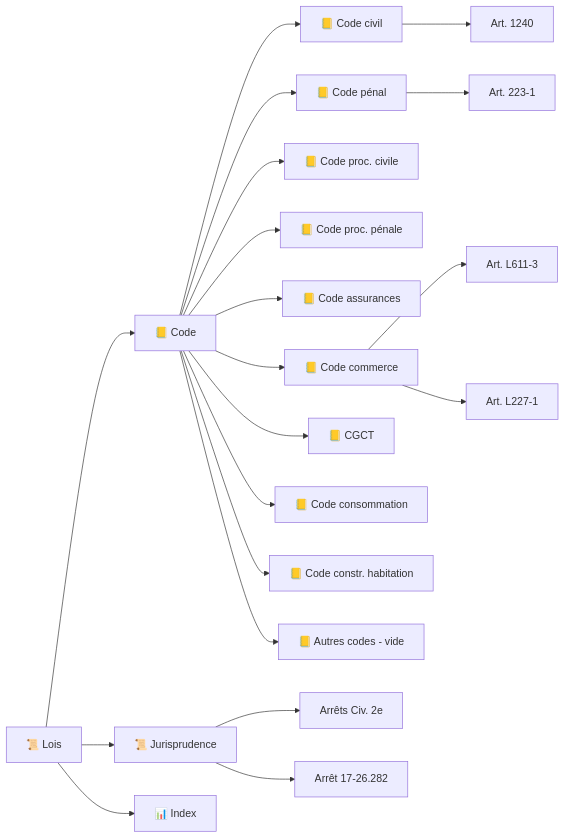
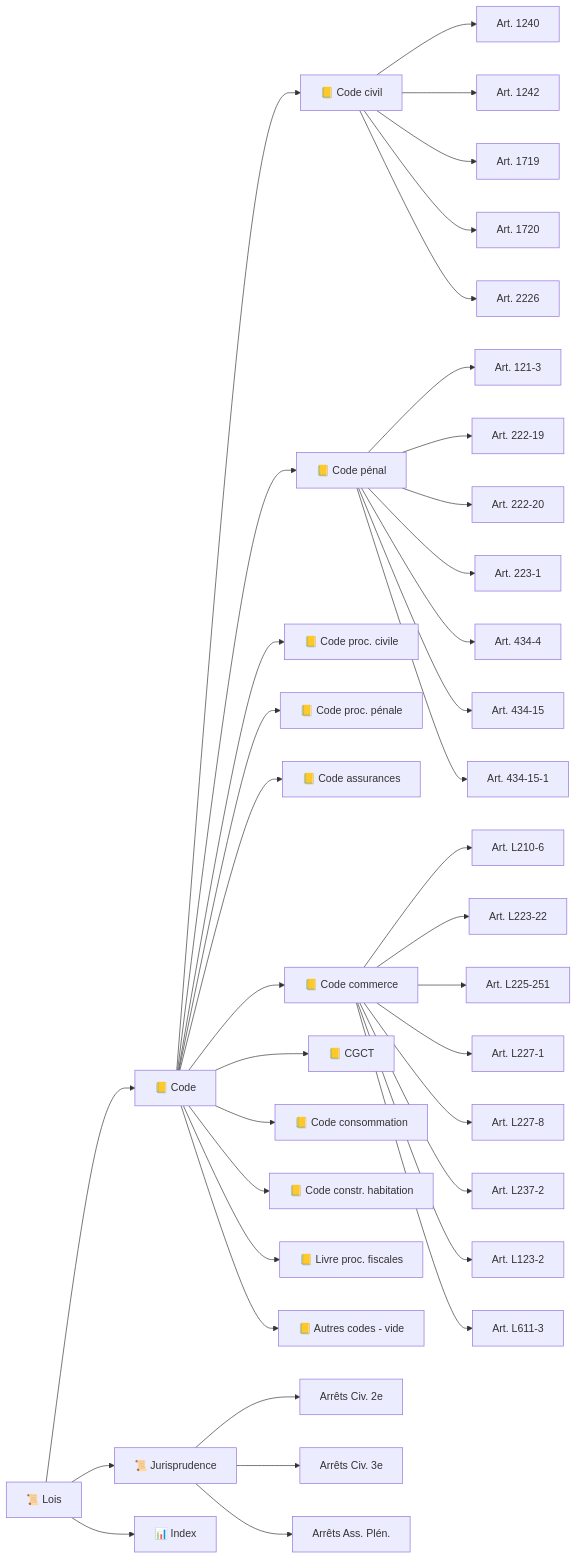
Before and after one commit to criloOcom/accident-main: the diagram in 📜 Lois/README.md, drawn with Mermaid. The commit also changed other lines of this file and 39 other files, not shown here.

````diff
--- a/📜 Lois/README.md
+++ b/📜 Lois/README.md
@@ -19,22 +18,40 @@
 ```mermaid
 graph LR
     L[📜 Lois] --> CD[📒 Code]
     CD --> C[📒 Code civil]
     CD --> CP[📒 Code pénal]
     CD --> CPC[📒 Code proc. civile]
     CD --> CPP[📒 Code proc. pénale]
     CD --> CA[📒 Code assurances]
     CD --> CC[📒 Code commerce]
     CD --> CGCT[📒 CGCT]
     CD --> CONSO[📒 Code consommation]
     CD --> CCH[📒 Code constr. habitation]
+    CD --> LPF[📒 Livre proc. fiscales]
     CD --> AC[📒 Autres codes - vide]
     L --> J[📜 Jurisprudence]
     L --> I[📊 Index]
     C --> C1[Art. 1240]
-    CP --> CP1[Art. 223-1]
-    CC --> CC1[Art. L611-3]
-    CC --> CC2[Art. L227-1]
+    C --> C2[Art. 1242]
+    C --> C3[Art. 1719]
+    C --> C4[Art. 1720]
+    C --> C5[Art. 2226]
+    CP --> CP1[Art. 121-3]
+    CP --> CP2[Art. 222-19]
+    CP --> CP3[Art. 222-20]
+    CP --> CP4[Art. 223-1]
+    CP --> CP5[Art. 434-4]
+    CP --> CP6[Art. 434-15]
+    CP --> CP7[Art. 434-15-1]
+    CC --> CC1[Art. L210-6]
+    CC --> CC2[Art. L223-22]
+    CC --> CC3[Art. L225-251]
+    CC --> CC4[Art. L227-1]
+    CC --> CC5[Art. L227-8]
+    CC --> CC6[Art. L237-2]
+    CC --> CC7[Art. L123-2]
+    CC --> CC8[Art. L611-3]
     J --> J1[Arrêts Civ. 2e]
-    J --> J2[Arrêt 17-26.282]
+    J --> J2[Arrêts Civ. 3e]
+    J --> J3[Arrêts Ass. Plén.]
 ```
````
